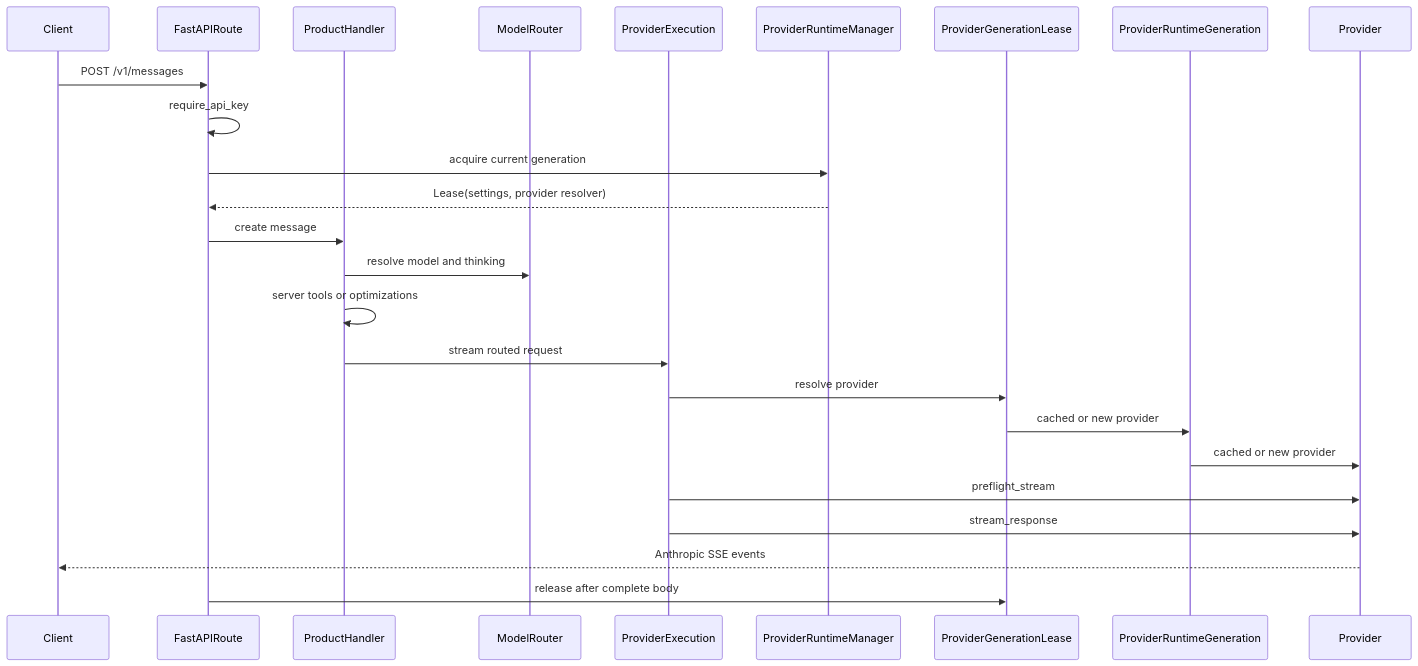
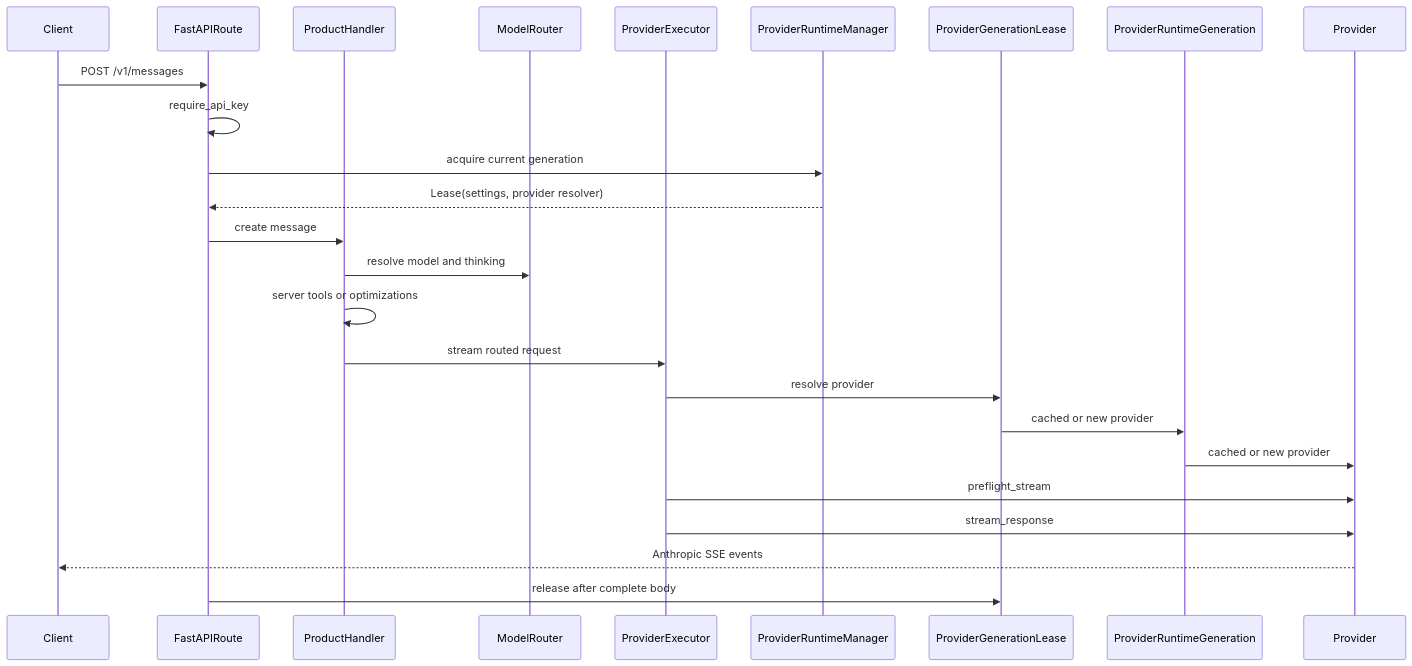
Before and after one commit to shinmentakezo07/shin07: the second of 3 diagrams in ARCHITECTURE.md, drawn with Mermaid. The commit also changed other lines of this file and 52 other files, not shown here.

First line of the commit message:
Introduce a typed application boundary for provider execution (#1045)

````diff
--- a/ARCHITECTURE.md
+++ b/ARCHITECTURE.md
@@ -312,28 +323,28 @@
 ```mermaid
 sequenceDiagram
     participant Client
     participant Route as FastAPIRoute
     participant Handler as ProductHandler
     participant Router as ModelRouter
-    participant Exec as ProviderExecution
+    participant Exec as ProviderExecutor
     participant Manager as ProviderRuntimeManager
     participant Lease as ProviderGenerationLease
     participant Runtime as ProviderRuntimeGeneration
     participant Provider
 
     Client->>Route: POST /v1/messages
     Route->>Route: require_api_key
     Route->>Manager: acquire current generation
     Manager-->>Route: Lease(settings, provider resolver)
     Route->>Handler: create message
     Handler->>Router: resolve model and thinking
     Handler->>Handler: server tools or optimizations
     Handler->>Exec: stream routed request
     Exec->>Lease: resolve provider
     Lease->>Runtime: cached or new provider
     Runtime->>Provider: cached or new provider
     Exec->>Provider: preflight_stream
     Exec->>Provider: stream_response
     Provider-->>Client: Anthropic SSE events
     Route->>Lease: release after complete body
 ```
````
